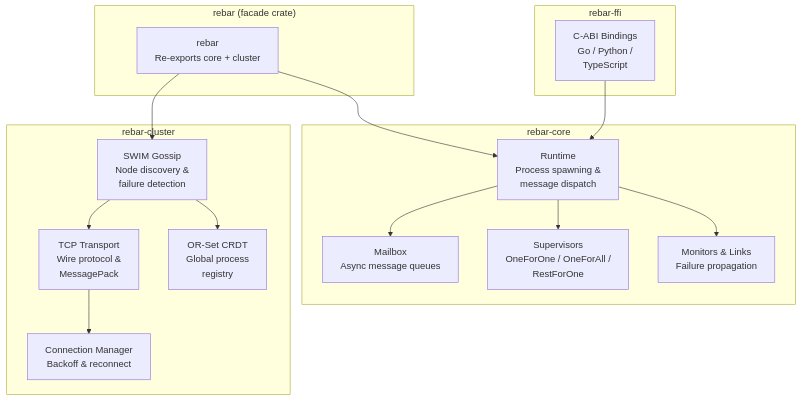
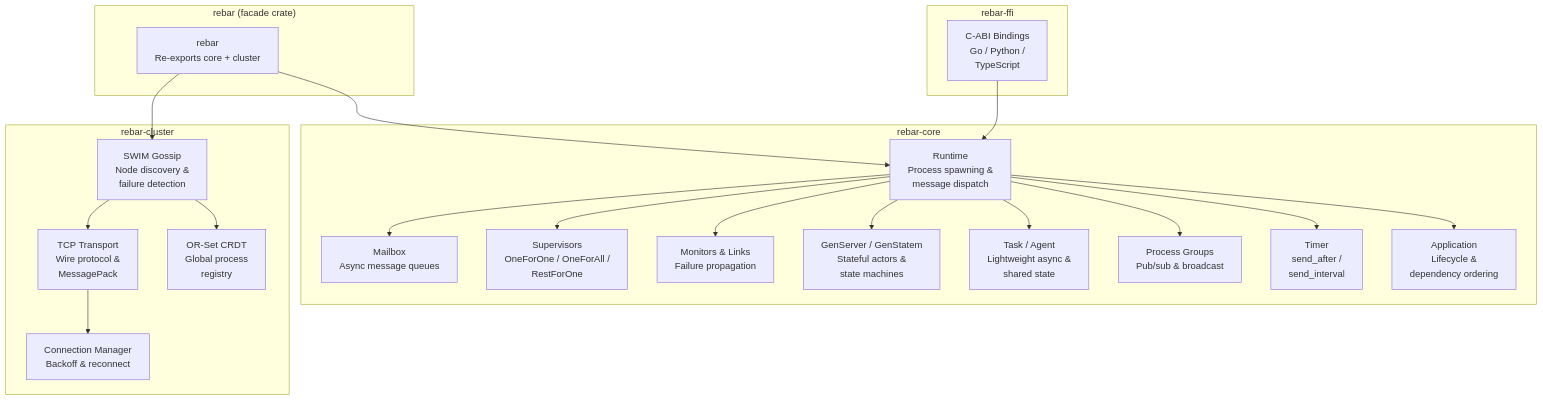
The diagram in README.md (alexandernicholson/rebar), drawn with Mermaid before and after one commit. The commit also changed other lines of this file and 65 other files, not shown here.

````diff
--- a/README.md
+++ b/README.md
@@ -37,34 +51,44 @@
 ```mermaid
 graph TB
     subgraph "rebar (facade crate)"
         R["rebar<br>Re-exports core + cluster"]
     end
 
     subgraph "rebar-core"
         RT["Runtime<br>Process spawning &<br>message dispatch"]
         MB["Mailbox<br>Async message queues"]
         SV["Supervisors<br>OneForOne / OneForAll /<br>RestForOne"]
         MON["Monitors & Links<br>Failure propagation"]
+        GS["GenServer / GenStatem<br>Stateful actors &<br>state machines"]
+        TK["Task / Agent<br>Lightweight async &<br>shared state"]
+        PG["Process Groups<br>Pub/sub & broadcast"]
+        TM["Timer<br>send_after /<br>send_interval"]
+        APP["Application<br>Lifecycle &<br>dependency ordering"]
     end
 
     subgraph "rebar-cluster"
         SW["SWIM Gossip<br>Node discovery &<br>failure detection"]
         TR["TCP Transport<br>Wire protocol &<br>MessagePack"]
         CR["OR-Set CRDT<br>Global process<br>registry"]
         CM["Connection Manager<br>Backoff & reconnect"]
     end
 
     subgraph "rebar-ffi"
         FFI["C-ABI Bindings<br>Go / Python /<br>TypeScript"]
     end
 
     R --> RT
     R --> SW
     RT --> MB
     RT --> SV
     RT --> MON
+    RT --> GS
+    RT --> TK
+    RT --> PG
+    RT --> TM
+    RT --> APP
     SW --> TR
     SW --> CR
     TR --> CM
     FFI --> RT
 ```
````
